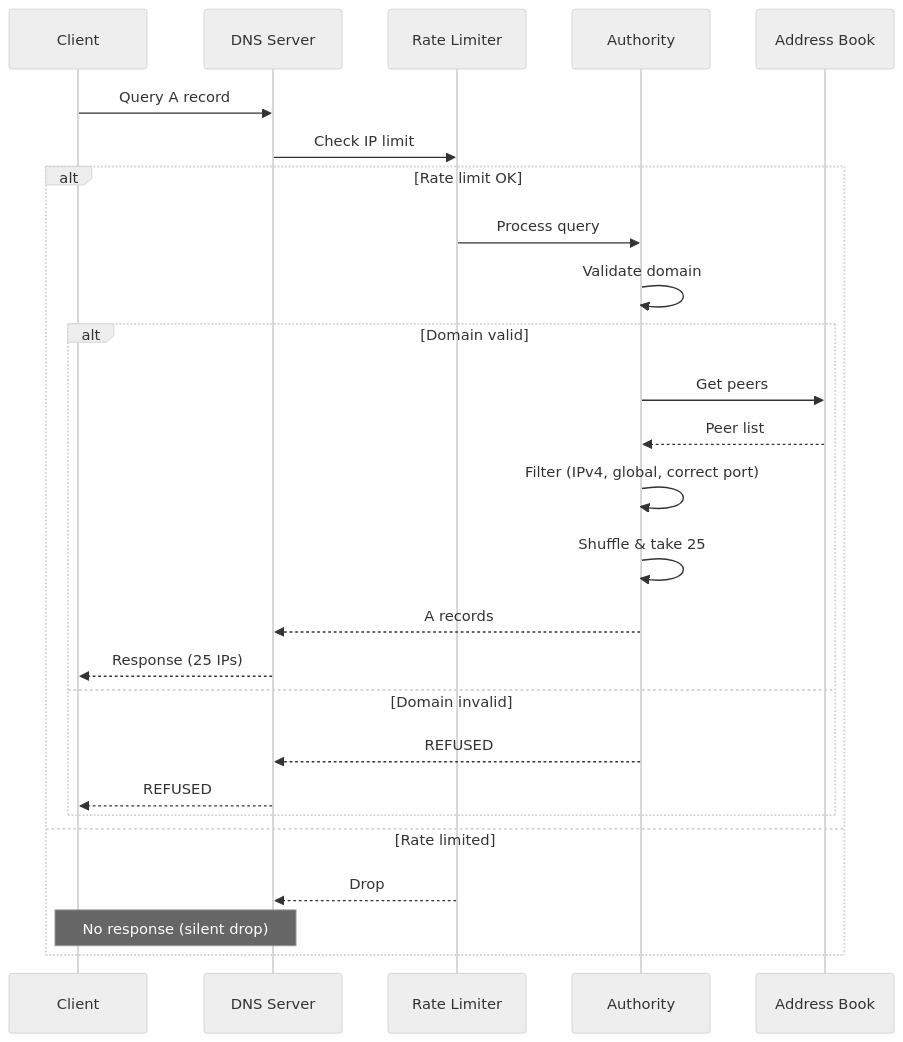
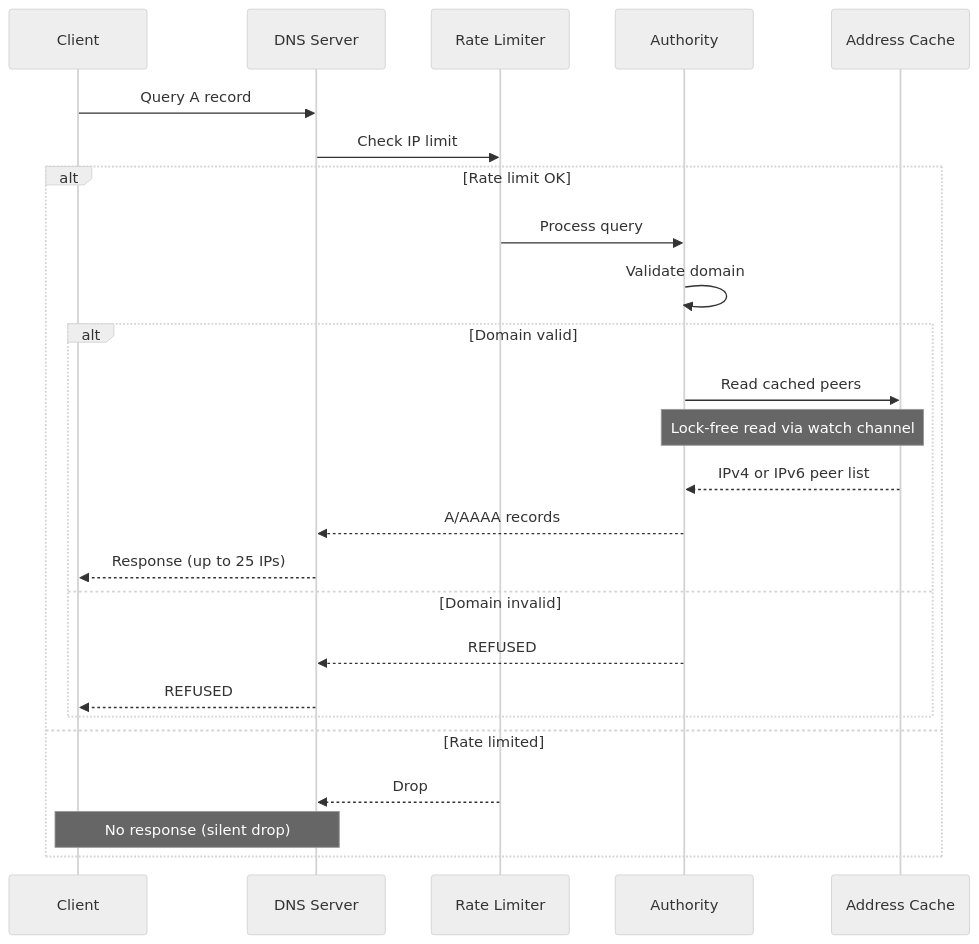
The second of 4 diagrams in docs/architecture.md (ZcashFoundation/dnsseederNG), drawn with Mermaid (neutral theme) before and after one commit. The commit also changed other lines of this file and 1 other file, not shown here.

Commit message:
docs: update docs to reflect the new lock-free address cache

````diff
--- a/docs/architecture.md
+++ b/docs/architecture.md
@@ -42,23 +45,22 @@
 ```mermaid
 sequenceDiagram
     Client->>DNS Server: Query A record
     DNS Server->>Rate Limiter: Check IP limit
     alt Rate limit OK
         Rate Limiter->>Authority: Process query
         Authority->>Authority: Validate domain
         alt Domain valid
-            Authority->>Address Book: Get peers
-            Address Book-->>Authority: Peer list
-            Authority->>Authority: Filter (IPv4, global, correct port)
-            Authority->>Authority: Shuffle & take 25
-            Authority-->>DNS Server: A records
-            DNS Server-->>Client: Response (25 IPs)
+            Authority->>Address Cache: Read cached peers
+            Note over Authority,Address Cache: Lock-free read via watch channel
+            Address Cache-->>Authority: IPv4 or IPv6 peer list
+            Authority-->>DNS Server: A/AAAA records
+            DNS Server-->>Client: Response (up to 25 IPs)
         else Domain invalid
             Authority-->>DNS Server: REFUSED
             DNS Server-->>Client: REFUSED
         end
     else Rate limited
         Rate Limiter-->>DNS Server: Drop
         Note over Client,DNS Server: No response (silent drop)
     end
 ```
````
